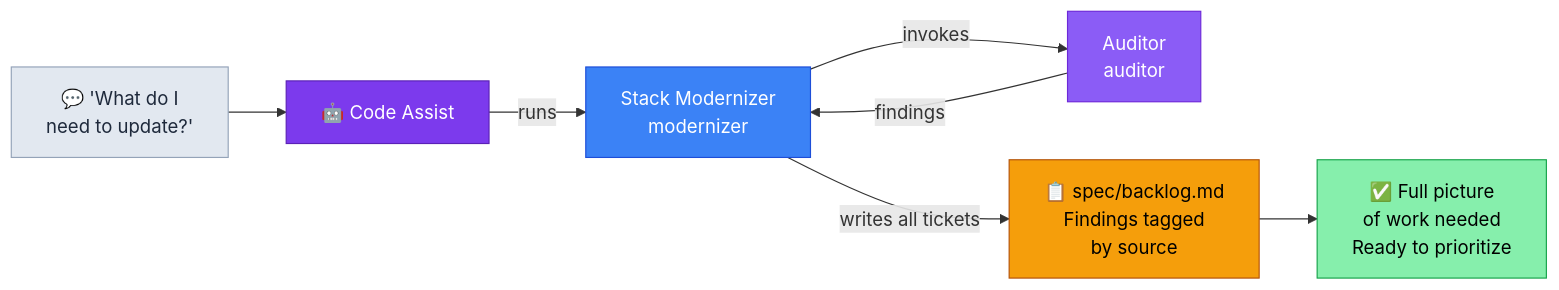
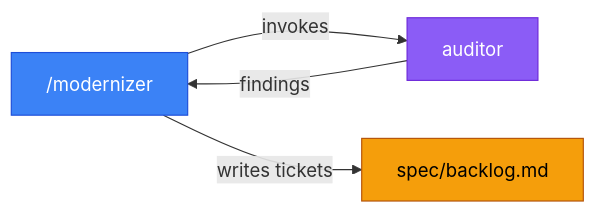
One commit to TheLampshady/repokit changed the sixth of 6 diagrams in README.md. Above: the diagram before and after it, drawn with Mermaid. The commit also changed other lines of this file and 13 other files, not shown here.

````diff
--- a/README.md
+++ b/README.md
@@ -272,27 +315,17 @@
 ```mermaid
 graph LR
-    Scenario["💬 'What do I\nneed to update?'"]
-    CA["🤖 Code Assist"]
-    Modernizer["Stack Modernizer\nmodernizer"]
-    Auditor["Auditor\nauditor"]
-    Spec["📋 spec/backlog.md\nFindings tagged\nby source"]
-    Result["✅ Full picture\nof work needed\nReady to prioritize"]
+    Modernizer["/modernizer"]
+    Auditor["auditor"]
+    Spec["spec/backlog.md"]
 
-    Scenario --> CA
-    CA -->|"runs"| Modernizer
     Modernizer -->|"invokes"| Auditor
     Auditor -->|"findings"| Modernizer
-    Modernizer -->|"writes all tickets"| Spec
-    Spec --> Result
+    Modernizer -->|"writes tickets"| Spec
 
-    classDef skill   fill:#3b82f6,stroke:#1d4ed8,color:#fff
-    classDef agent   fill:#8b5cf6,stroke:#6d28d9,color:#fff
+    classDef skill fill:#3b82f6,stroke:#1d4ed8,color:#fff
+    classDef agent fill:#8b5cf6,stroke:#6d28d9,color:#fff
     classDef storage fill:#f59e0b,stroke:#b45309,color:#000
-    classDef ai      fill:#7c3aed,stroke:#5b21b6,color:#fff
     class Modernizer skill
     class Auditor agent
     class Spec storage
-    class CA ai
-    style Scenario fill:#e2e8f0,stroke:#94a3b8,color:#1e293b
-    style Result   fill:#86efac,stroke:#16a34a,color:#000
 ```
````
